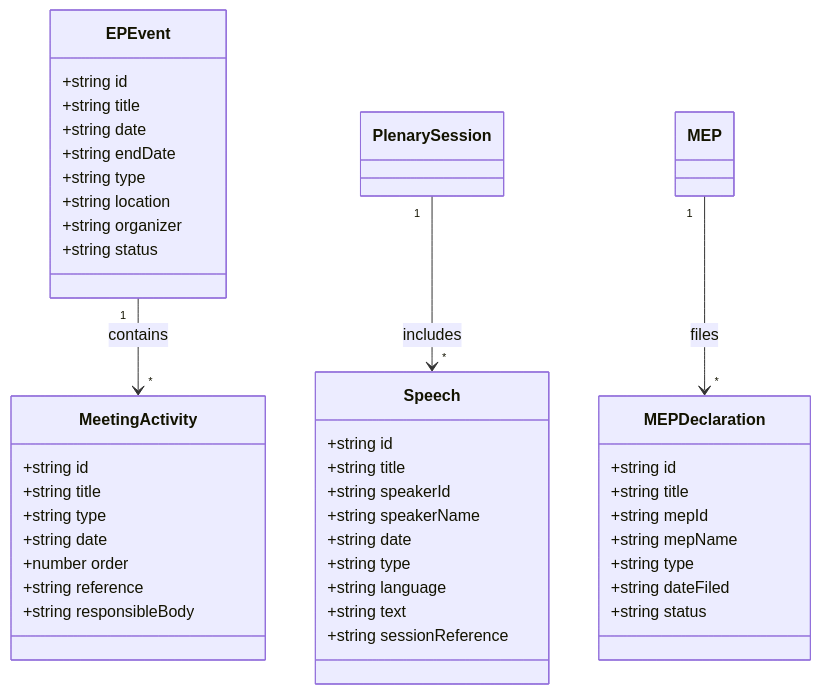
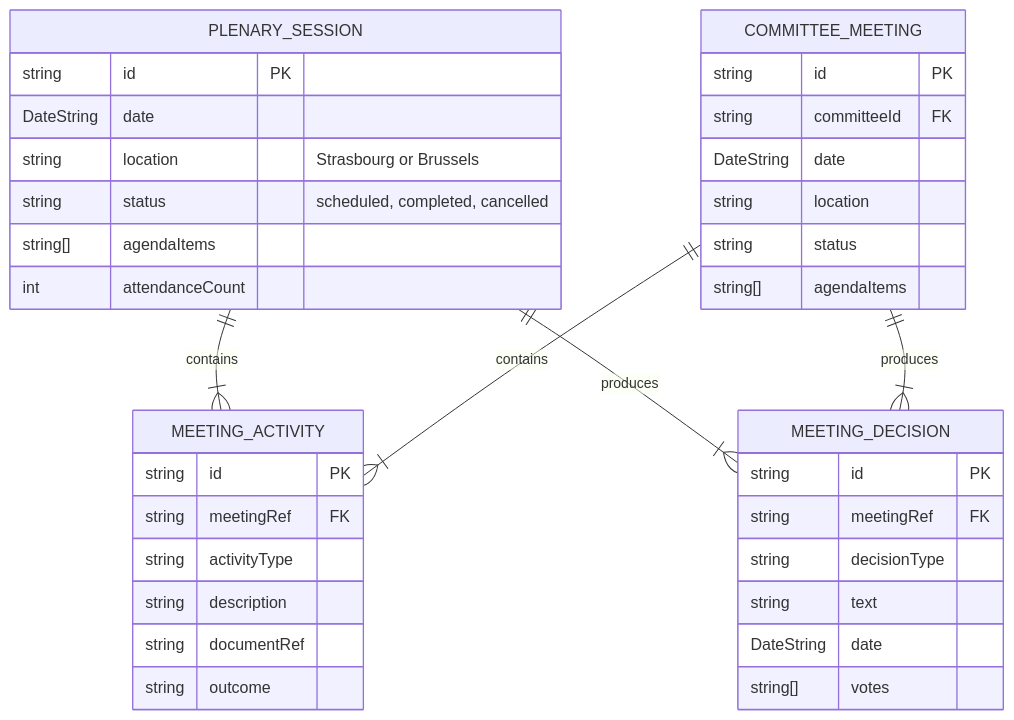
One commit to Hack23/European-Parliament-MCP-Server changed the fourth of 6 diagrams in docs/api-markdown/_media/DATA_MODEL.md. Above: the diagram before and after it, drawn with Mermaid. The commit also changed other lines of this file and 1177 other files, not shown here.

````diff
--- a/docs/api-markdown/_media/DATA_MODEL.md
+++ b/docs/api-markdown/_media/DATA_MODEL.md
@@ -598,49 +253,43 @@
 ```mermaid
-classDiagram
-    class EPEvent {
-        +string id
-        +string title
-        +string date
-        +string endDate
-        +string type
-        +string location
-        +string organizer
-        +string status
+erDiagram
+    PLENARY_SESSION {
+        string id PK
+        DateString date
+        string location "Strasbourg or Brussels"
+        string status "scheduled, completed, cancelled"
+        string[] agendaItems
+        int attendanceCount
     }
 
-    class MeetingActivity {
-        +string id
-        +string title
-        +string type
-        +string date
-        +number order
-        +string reference
-        +string responsibleBody
+    COMMITTEE_MEETING {
+        string id PK
+        string committeeId FK
+        DateString date
+        string location
+        string status
+        string[] agendaItems
     }
 
-    class Speech {
-        +string id
-        +string title
-        +string speakerId
-        +string speakerName
-        +string date
-        +string type
-        +string language
-        +string text
-        +string sessionReference
+    MEETING_ACTIVITY {
+        string id PK
+        string meetingRef FK
+        string activityType
+        string description
+        string documentRef
+        string outcome
     }
 
-    class MEPDeclaration {
-        +string id
-        +string title
-        +string mepId
-        +string mepName
-        +string type
-        +string dateFiled
-        +string status
+    MEETING_DECISION {
+        string id PK
+        string meetingRef FK
+        string decisionType
+        string text
+        DateString date
+        string[] votes
     }
 
-    EPEvent "1" --> "*" MeetingActivity : contains
-    PlenarySession "1" --> "*" Speech : includes
-    MEP "1" --> "*" MEPDeclaration : files
+    PLENARY_SESSION ||--|{ MEETING_ACTIVITY : "contains"
+    COMMITTEE_MEETING ||--|{ MEETING_ACTIVITY : "contains"
+    PLENARY_SESSION ||--|{ MEETING_DECISION : "produces"
+    COMMITTEE_MEETING ||--|{ MEETING_DECISION : "produces"
 ```
````
